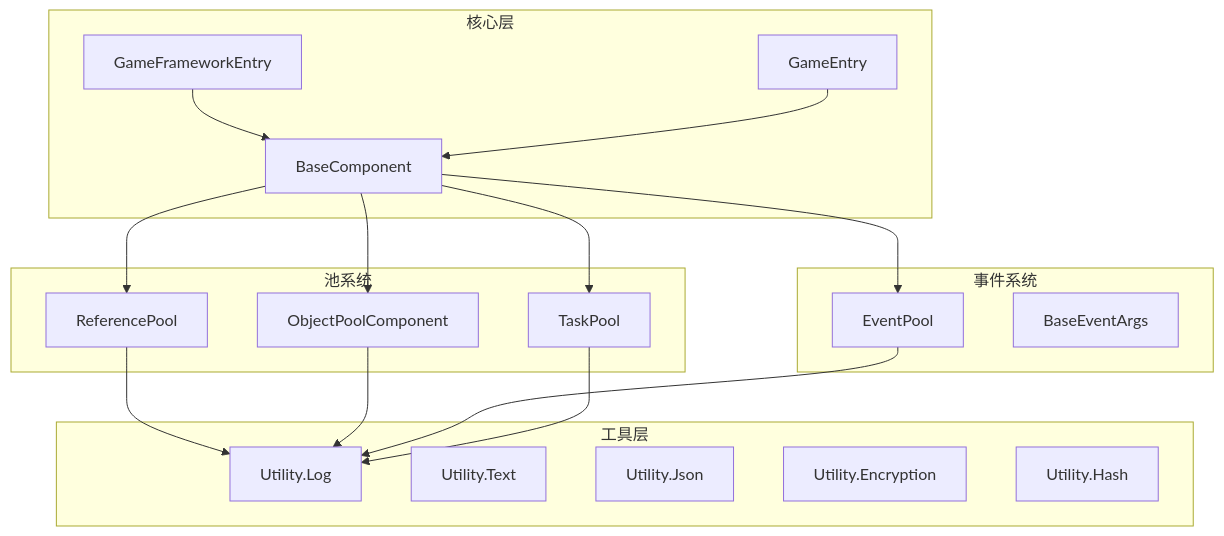
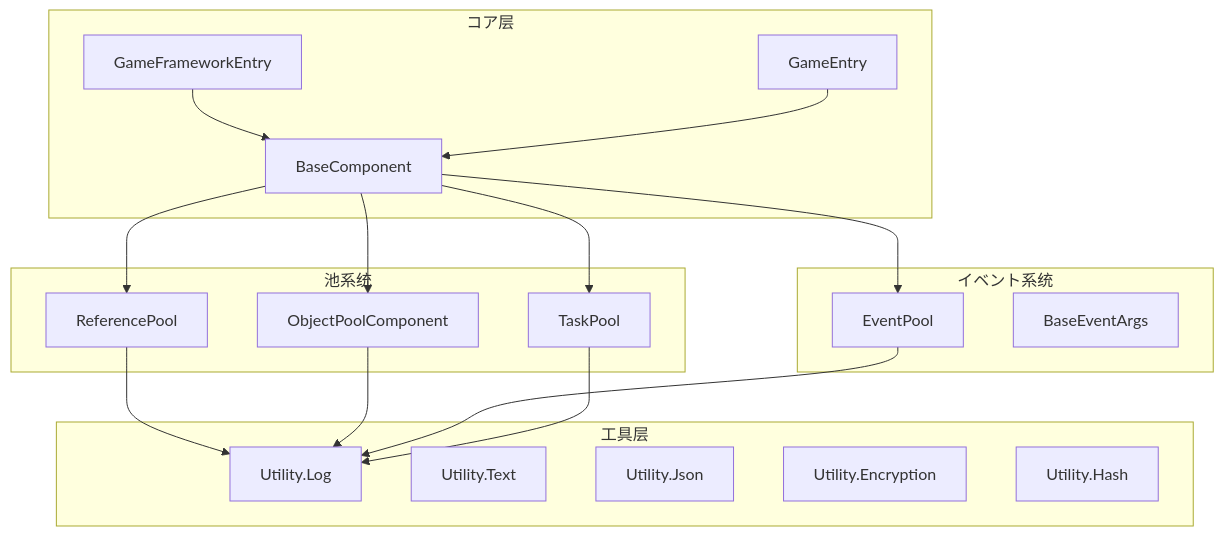
One commit to AlianBlank/GameFrameX.Docs changed the diagram in docs/ja/client/unity/component/core/20.api-reference.md. Above: the diagram before and after it, drawn with Mermaid. The commit also changed other lines of this file and 603 other files, not shown here.

````diff
--- a/docs/ja/client/unity/component/core/20.api-reference.md
+++ b/docs/ja/client/unity/component/core/20.api-reference.md
@@ -19,38 +19,38 @@
 ```mermaid
 graph TD
-    subgraph Core["核心层"]
+    subgraph Core["コア层"]
         GFEntry[GameFrameworkEntry]
         GEntry[GameEntry]
         Base[BaseComponent]
     end
 
     subgraph PoolSystem["池系统"]
         RefPool[ReferencePool]
         ObjPool[ObjectPoolComponent]
         TaskPool[TaskPool]
     end
 
-    subgraph EventSystem["事件系统"]
+    subgraph EventSystem["イベント系统"]
         EventPool[EventPool<T>]
         BaseEventArgs[BaseEventArgs]
     end
 
     subgraph Utility["工具层"]
         Log[Utility.Log]
         Text[Utility.Text]
         Json[Utility.Json]
         Encryption[Utility.Encryption]
         Hash[Utility.Hash]
     end
 
     GFEntry --> Base
     GEntry --> Base
     Base --> RefPool
     Base --> ObjPool
     Base --> EventPool
     Base --> TaskPool
     RefPool --> Log
     ObjPool --> Log
     EventPool --> Log
     TaskPool --> Log
 ```
````
